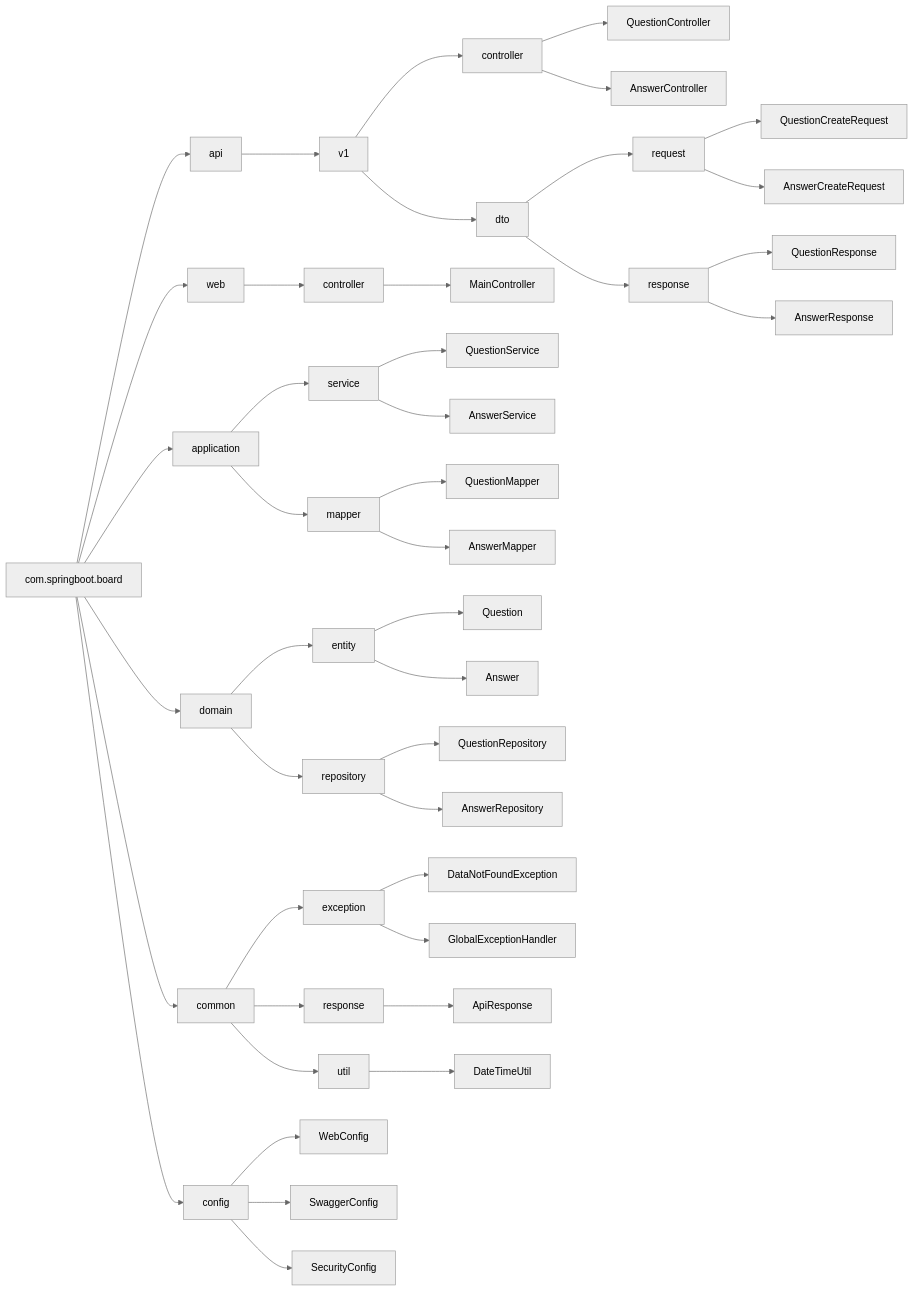
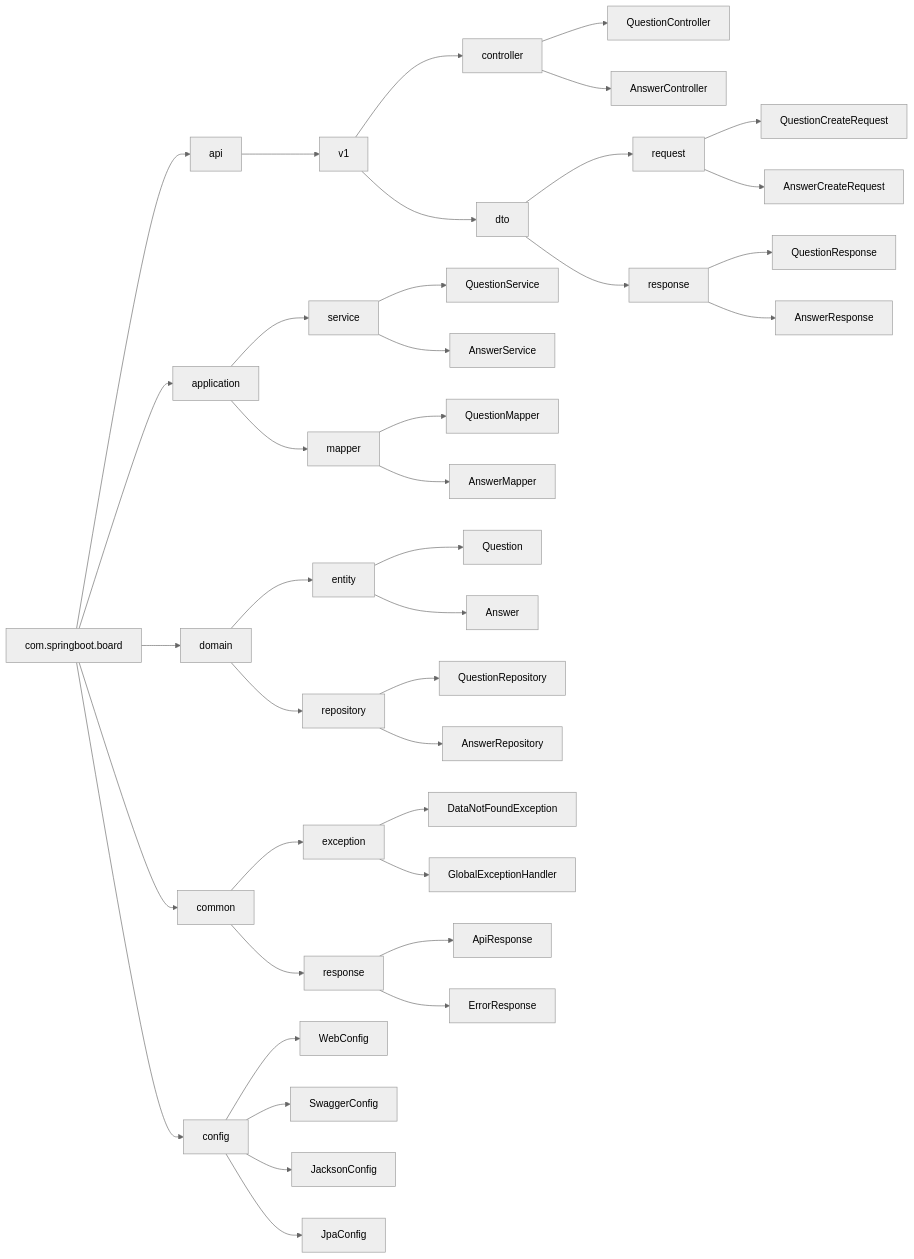
One commit to yujm08/ezen-mini-backend changed the first of 3 diagrams in README.md. Above: the diagram before and after it, drawn with Mermaid (neutral theme). The commit also changed other lines of this file and 4 other files, not shown here.

````diff
--- a/README.md
+++ b/README.md
@@ -53,49 +63,45 @@
 ```mermaid
 graph LR
     A[com.springboot.board] --> B[api]
     B --> C[v1]
     C --> D[controller]
     D --> E[QuestionController]
     D --> F[AnswerController]
     C --> G[dto]
     G --> H[request]
     H --> I[QuestionCreateRequest]
     H --> J[AnswerCreateRequest]
     G --> K[response]
     K --> L[QuestionResponse]
     K --> M[AnswerResponse]
-
-    A --> N[web]
-    N --> O[controller]
-    O --> P[MainController]
 
     A --> Q[application]
     Q --> R[service]
     R --> S[QuestionService]
     R --> T[AnswerService]
     Q --> U[mapper]
     U --> V[QuestionMapper]
     U --> W[AnswerMapper]
 
     A --> X[domain]
     X --> Y[entity]
     Y --> Z[Question]
     Y --> AA[Answer]
     X --> AB[repository]
     AB --> AC[QuestionRepository]
     AB --> AD[AnswerRepository]
 
     A --> AE[common]
     AE --> AF[exception]
     AF --> AG[DataNotFoundException]
     AF --> AH[GlobalExceptionHandler]
     AE --> AI[response]
     AI --> AJ[ApiResponse]
-    AE --> AK[util]
-    AK --> AL[DateTimeUtil]
+    AI --> AK[ErrorResponse]
 
     A --> AM[config]
     AM --> AN[WebConfig]
     AM --> AO[SwaggerConfig]
-    AM --> AP[SecurityConfig]
+    AM --> AP[JacksonConfig]
+    AM --> AQ[JpaConfig]
 ```
````
